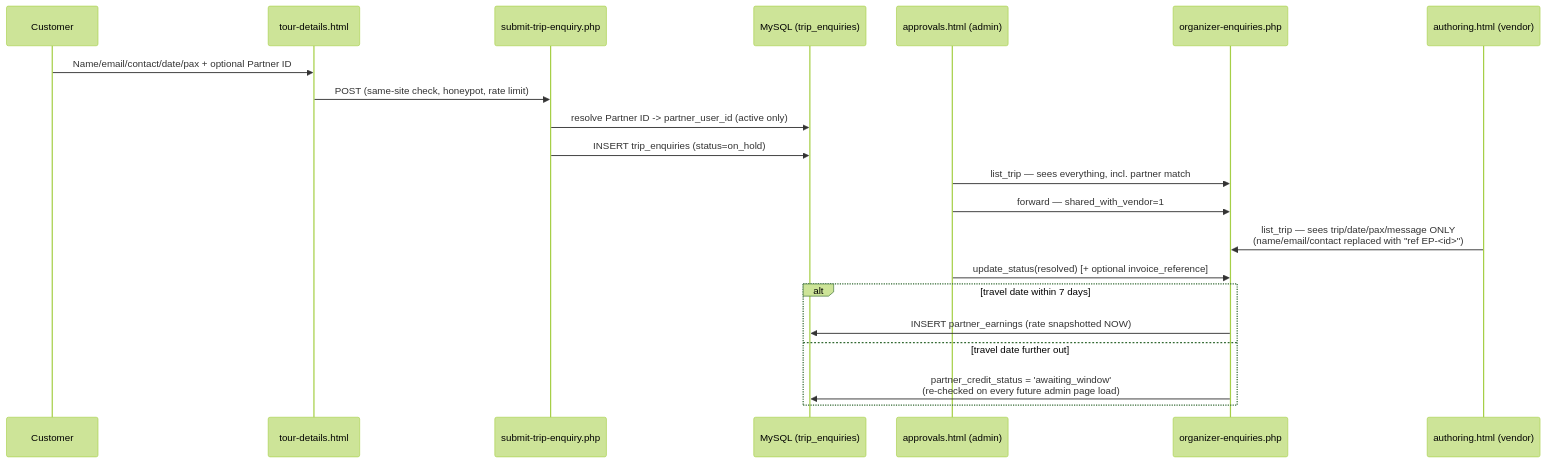
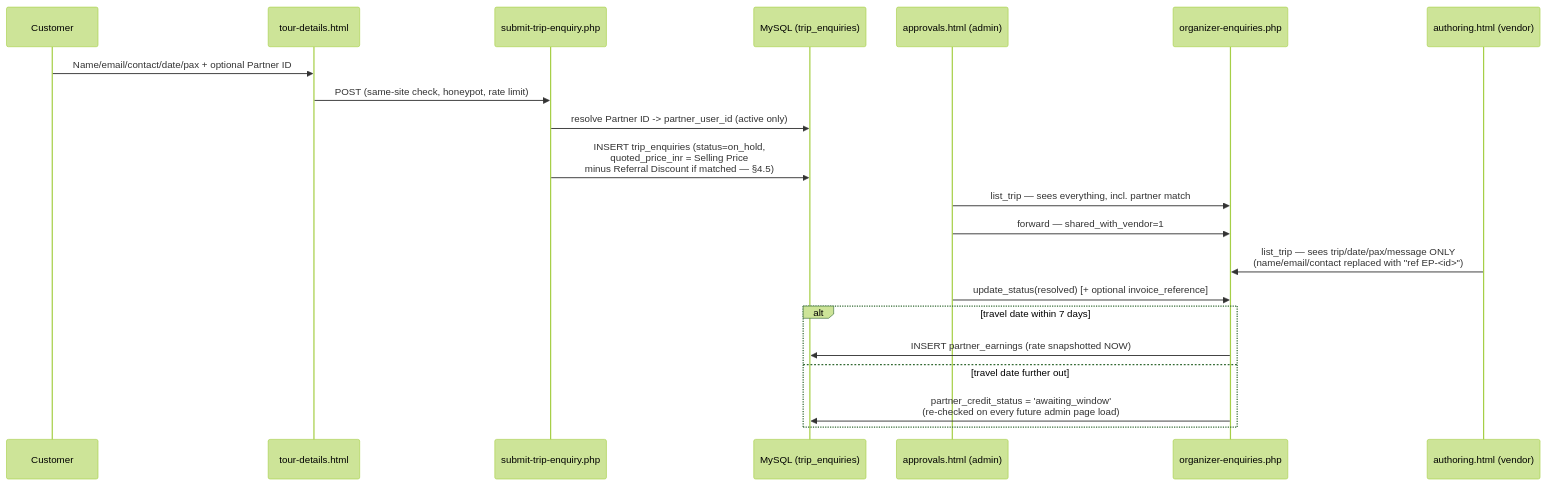
One commit to Kloud141/laughing-octo-doodle changed the third of 4 diagrams in README.md. Above: the diagram before and after it, drawn with Mermaid (forest theme). The commit also changed other lines of this file, not shown here.

````diff
--- a/README.md
+++ b/README.md
@@ -295,24 +361,24 @@
 ```mermaid
 sequenceDiagram
     participant C as Customer
     participant Form as tour-details.html
     participant S as submit-trip-enquiry.php
     participant DB as MySQL (trip_enquiries)
     participant Admin as approvals.html (admin)
     participant E as organizer-enquiries.php
     participant Vendor as authoring.html (vendor)
 
     C->>Form: Name/email/contact/date/pax + optional Partner ID
     Form->>S: POST (same-site check, honeypot, rate limit)
     S->>DB: resolve Partner ID -> partner_user_id (active only)
-    S->>DB: INSERT trip_enquiries (status=on_hold)
+    S->>DB: INSERT trip_enquiries (status=on_hold,<br/>quoted_price_inr = Selling Price<br/>minus Referral Discount if matched — §4.5)
     Admin->>E: list_trip — sees everything, incl. partner match
     Admin->>E: forward — shared_with_vendor=1
     Vendor->>E: list_trip — sees trip/date/pax/message ONLY<br/>(name/email/contact replaced with "ref EP-<id>")
     Admin->>E: update_status(resolved) [+ optional invoice_reference]
     alt travel date within 7 days
         E->>DB: INSERT partner_earnings (rate snapshotted NOW)
     else travel date further out
         E->>DB: partner_credit_status = 'awaiting_window'<br/>(re-checked on every future admin page load)
     end
 ```
````
